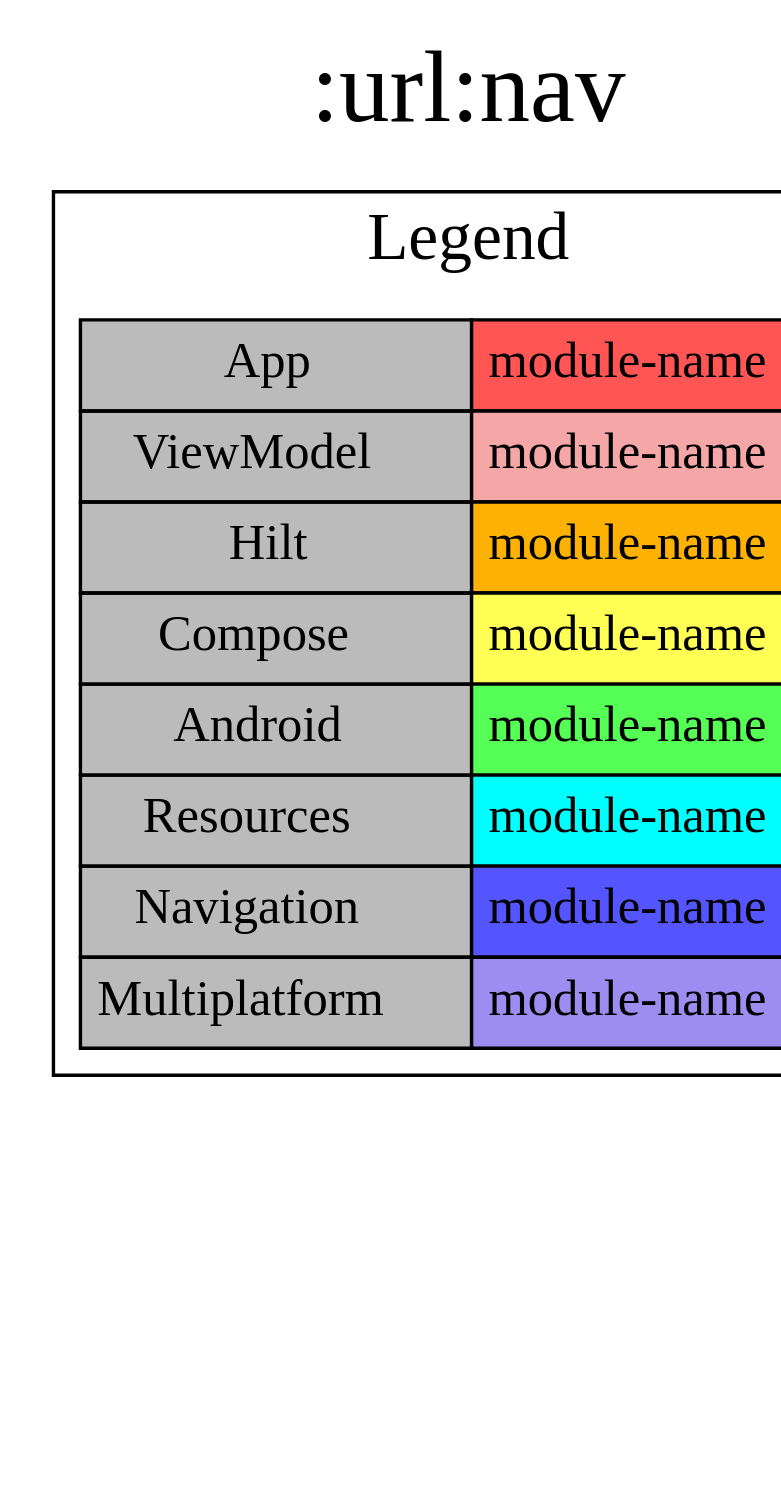
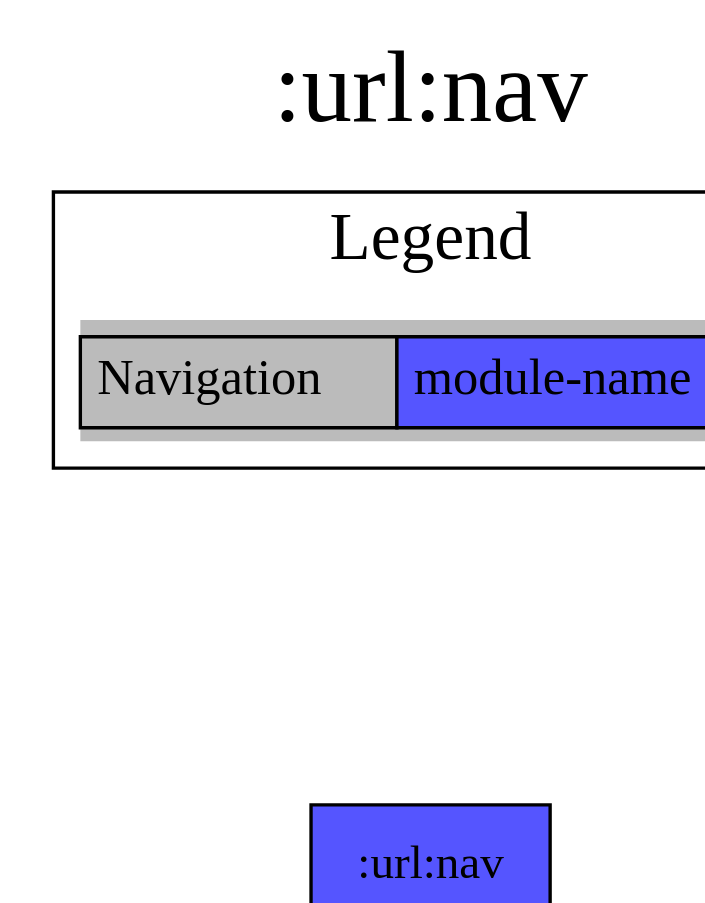
Before and after one commit to jonapoul/aktual: the diagram in modules/url/nav/project-dependency-graph.dot, drawn with Graphviz. The commit also changed 52 other files, not shown here.

```diff
--- a/modules/url/nav/project-dependency-graph.dot
+++ b/modules/url/nav/project-dependency-graph.dot
@@ -1,26 +1,19 @@
 digraph {
 edge ["dir"="forward"]
 graph ["dpi"="100","label"=":url:nav","labelloc"="t","fontsize"="30","ranksep"="1.5","rankdir"="TB"]
 node ["style"="filled"]
 ":url:nav" ["fillcolor"="#5555FF","shape"="box"]
 {
 edge ["dir"="none"]
 graph ["rank"="same"]
 }
 subgraph "cluster_legend" {
 edge ["dir"="none"]
 graph ["label"="Legend","fontsize"="20"]
 "Legend" ["style"="filled","fillcolor"="#bbbbbb","shape"="none","margin"="0","fontsize"="15","label"=<
 <TABLE BORDER="0" CELLBORDER="1" CELLSPACING="0" CELLPADDING="4">
-<TR><TD>App</TD><TD BGCOLOR="#FF5555">module-name</TD></TR>
-<TR><TD>ViewModel</TD><TD BGCOLOR="#F5A6A6">module-name</TD></TR>
-<TR><TD>Hilt</TD><TD BGCOLOR="#FCB103">module-name</TD></TR>
-<TR><TD>Compose</TD><TD BGCOLOR="#FFFF55">module-name</TD></TR>
-<TR><TD>Android</TD><TD BGCOLOR="#55FF55">module-name</TD></TR>
-<TR><TD>Resources</TD><TD BGCOLOR="#00FFFF">module-name</TD></TR>
 <TR><TD>Navigation</TD><TD BGCOLOR="#5555FF">module-name</TD></TR>
-<TR><TD>Multiplatform</TD><TD BGCOLOR="#9D8DF1">module-name</TD></TR>
 </TABLE>
 >]
 } -> ":url:nav" ["style"="invis"]
 }
```
